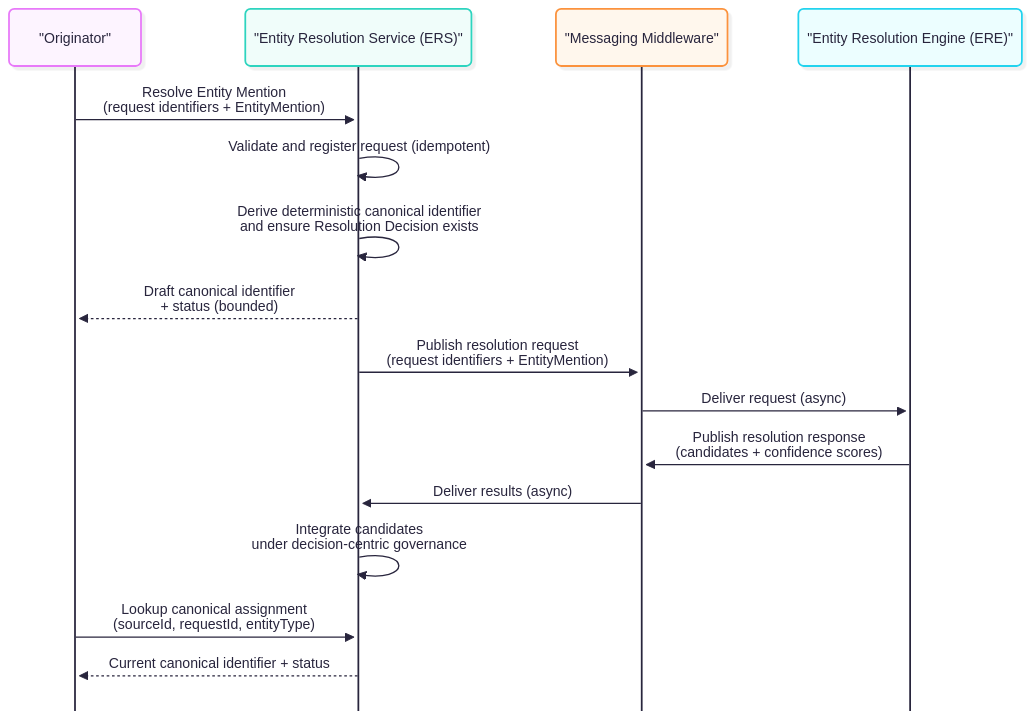
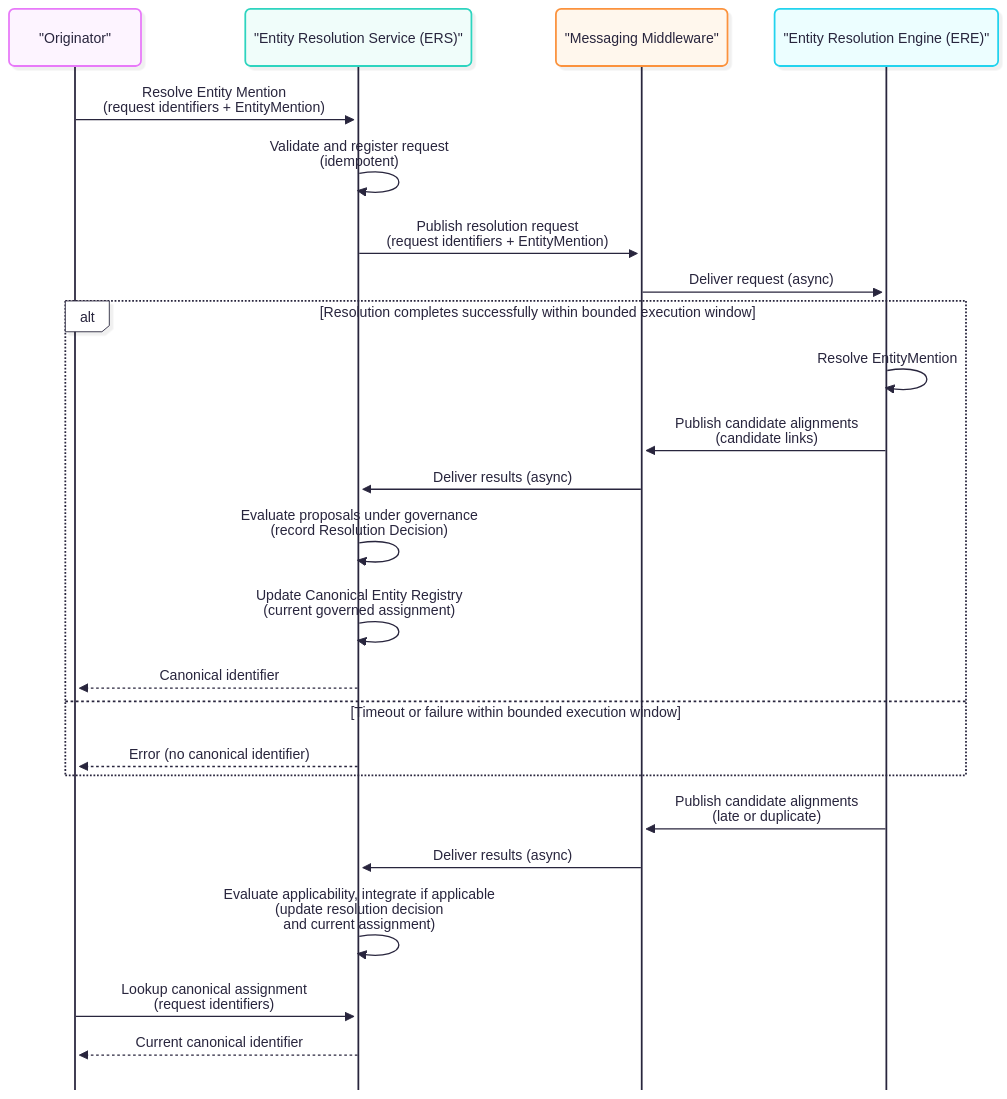
One commit to OP-TED/entity-resolution-spec changed the diagram in docs/architecture/sequence_diagrams/E2E-resolution-cycle(simplified).mmd. Above: the diagram before and after it, drawn with Mermaid. The commit also changed 8 other files, not shown here.

First line of the commit message:
update the diagrams

```diff
--- a/docs/architecture/sequence_diagrams/E2E-resolution-cycle(simplified).mmd
+++ b/docs/architecture/sequence_diagrams/E2E-resolution-cycle(simplified).mmd
@@ -1,33 +1,45 @@
 ---
 config:
   look: neo
   theme: redux-color
   mirrorActors: false
   sequence:
     bottomMarginAdj: 0.1
 ---
 sequenceDiagram
 %% Maps to EA diagram: UML Sequence (conceptual overview)
 %% Simplified: ERSys collapsed to single ERS lifeline
+%% Semantics aligned with the locked extended diagram.
 
 participant Originator as "Originator"
 participant ERS as "Entity Resolution Service (ERS)"
 participant MessagingMiddleware as "Messaging Middleware"
 participant ERE as "Entity Resolution Engine (ERE)"
 
-%% Phase 1 — Bounded intake (synchronous)
+%% Phase 1 — Bounded resolve (synchronous; waits for completion)
 Originator ->> ERS: Resolve Entity Mention<br/>(request identifiers + EntityMention)
-ERS ->> ERS: Validate and register request (idempotent)
-ERS ->> ERS: Derive deterministic canonical identifier<br/>and ensure Resolution Decision exists
-ERS -->> Originator: Draft canonical identifier <br/>+ status (bounded)
+ERS ->> ERS: Validate and register request<br/>(idempotent)
 
-%% Phase 2 — Automated assessment (asynchronous)
 ERS ->> MessagingMiddleware: Publish resolution request<br/>(request identifiers + EntityMention)
 MessagingMiddleware ->> ERE: Deliver request (async)
-ERE ->> MessagingMiddleware: Publish resolution response <br/>(candidates + confidence scores)
+
+alt Resolution completes successfully within bounded execution window
+    ERE ->> ERE: Resolve EntityMention
+    ERE ->> MessagingMiddleware: Publish candidate alignments<br/>(candidate links)
+    MessagingMiddleware ->> ERS: Deliver results (async)
+    ERS ->> ERS: Evaluate proposals under governance<br/>(record Resolution Decision)
+    ERS ->> ERS: Update Canonical Entity Registry<br/>(current governed assignment)
+    ERS -->> Originator: Canonical identifier
+else Timeout or failure within bounded execution window
+    ERS -->> Originator: Error (no canonical identifier)
+end
+
+%% Phase 2 — Late / duplicate responses (after client request completed)
+ERE ->> MessagingMiddleware: Publish candidate alignments<br/>(late or duplicate)
 MessagingMiddleware ->> ERS: Deliver results (async)
-ERS ->> ERS: Integrate candidates <br> under decision-centric governance
+ERS ->> ERS: Evaluate applicability, integrate if applicable<br>(update resolution decision<br> and current assignment)
+%% note right of ERS: No callback or push to Originator; completed request outcome is final.
 
 %% Phase 3 — Convergence (read-only observation)
-Originator ->> ERS: Lookup canonical assignment<br/>(sourceId, requestId, entityType)
-ERS -->> Originator: Current canonical identifier + status
+Originator ->> ERS: Lookup canonical assignment<br/>(request identifiers)
+ERS -->> Originator: Current canonical identifier
```
